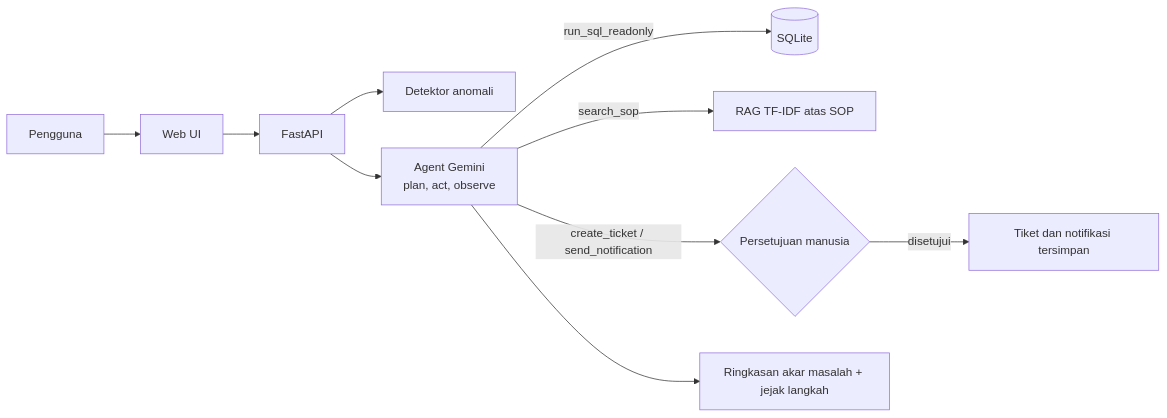
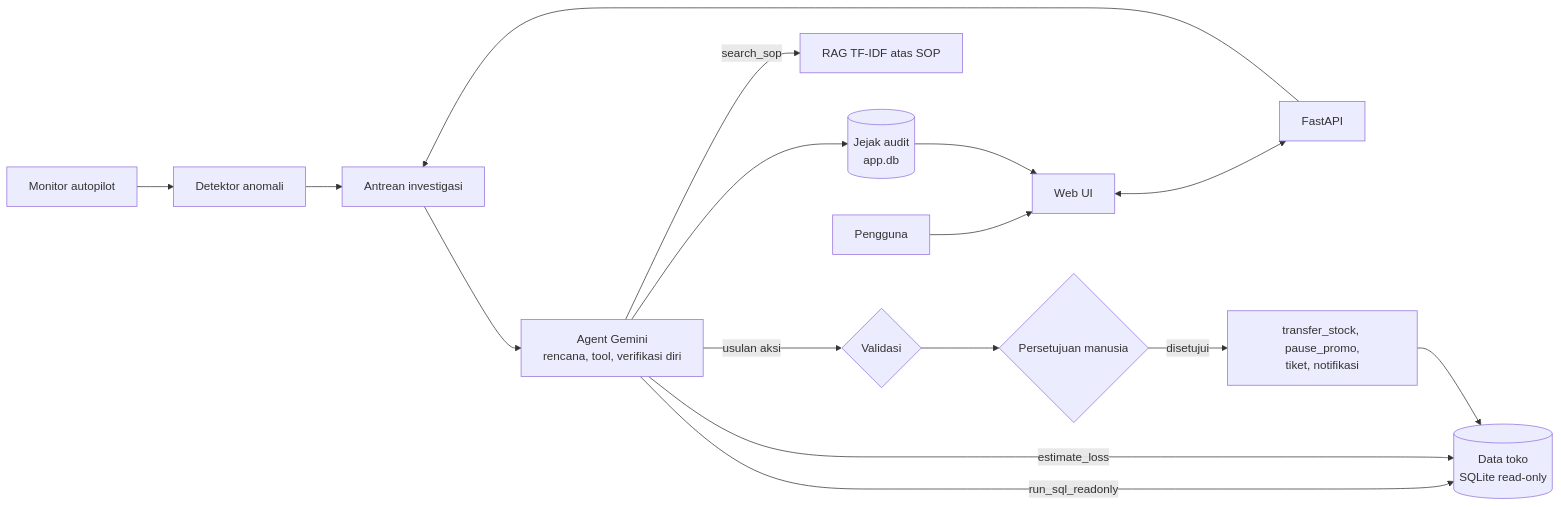
Before and after one commit to idkternn-stack/opspilot: the diagram in README.md, drawn with Mermaid. The commit also changed other lines of this file and 24 other files, not shown here.

````diff
--- a/README.md
+++ b/README.md
@@ -9,12 +22,18 @@
 ```mermaid
 flowchart LR
+  M[Monitor autopilot] --> D[Detektor anomali]
   U[Pengguna] --> UI[Web UI]
-  UI --> API[FastAPI]
-  API --> D[Detektor anomali]
-  API --> A[Agent Gemini<br/>plan, act, observe]
-  A -->|run_sql_readonly| DB[(SQLite)]
+  UI <--> API[FastAPI]
+  D --> Q[Antrean investigasi]
+  API --> Q
+  Q --> A[Agent Gemini<br/>rencana, tool, verifikasi diri]
+  A -->|run_sql_readonly| DB[(Data toko<br/>SQLite read-only)]
   A -->|search_sop| R[RAG TF-IDF atas SOP]
-  A -->|create_ticket / send_notification| H{Persetujuan manusia}
-  H -->|disetujui| X[Tiket dan notifikasi tersimpan]
-  A --> S[Ringkasan akar masalah + jejak langkah]
+  A -->|estimate_loss| DB
+  A -->|usulan aksi| V{Validasi}
+  V --> H{Persetujuan manusia}
+  H -->|disetujui| X[transfer_stock, pause_promo,<br/>tiket, notifikasi]
+  X --> DB
+  A --> L[(Jejak audit<br/>app.db)]
+  L --> UI
 ```
````
